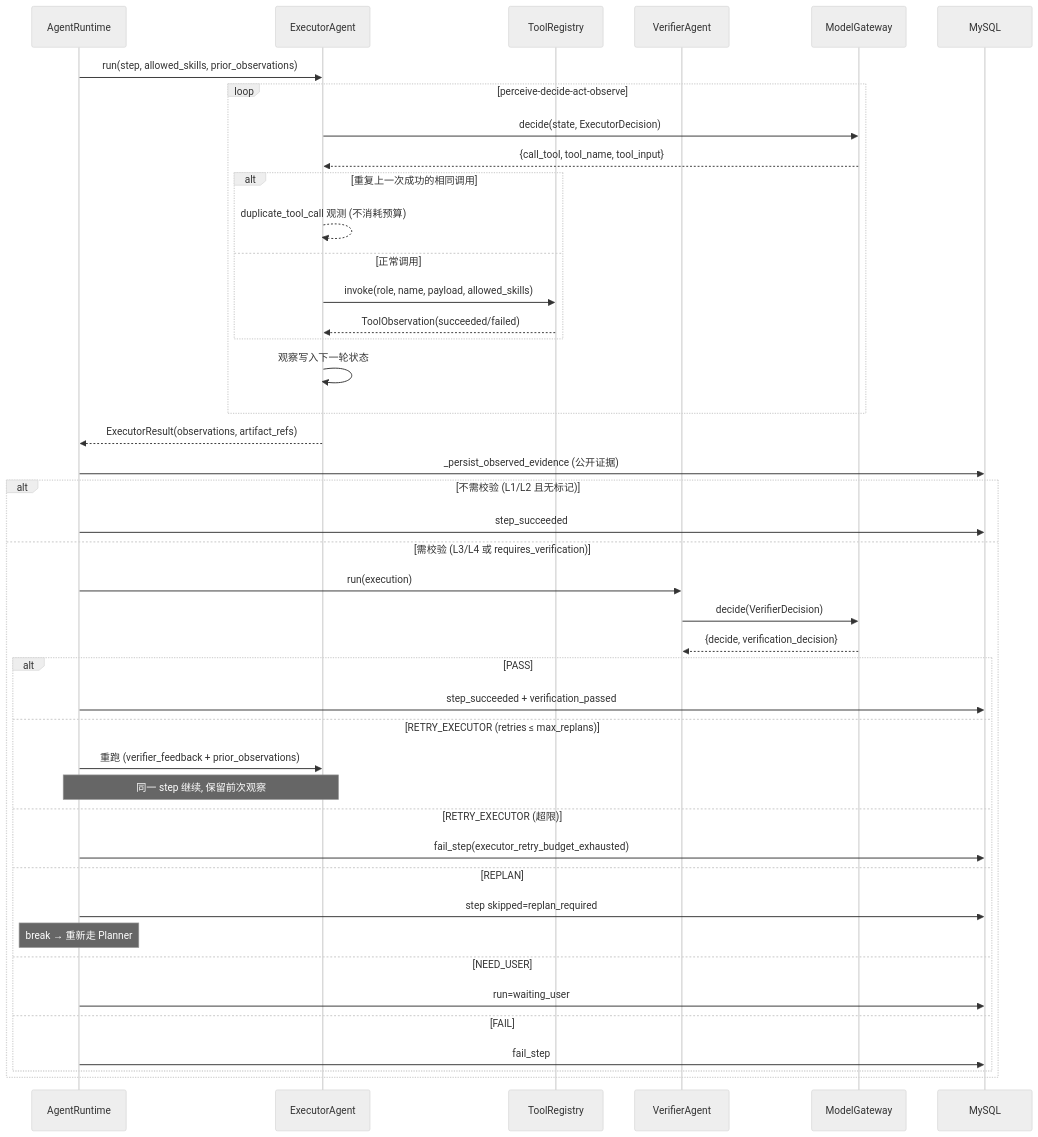
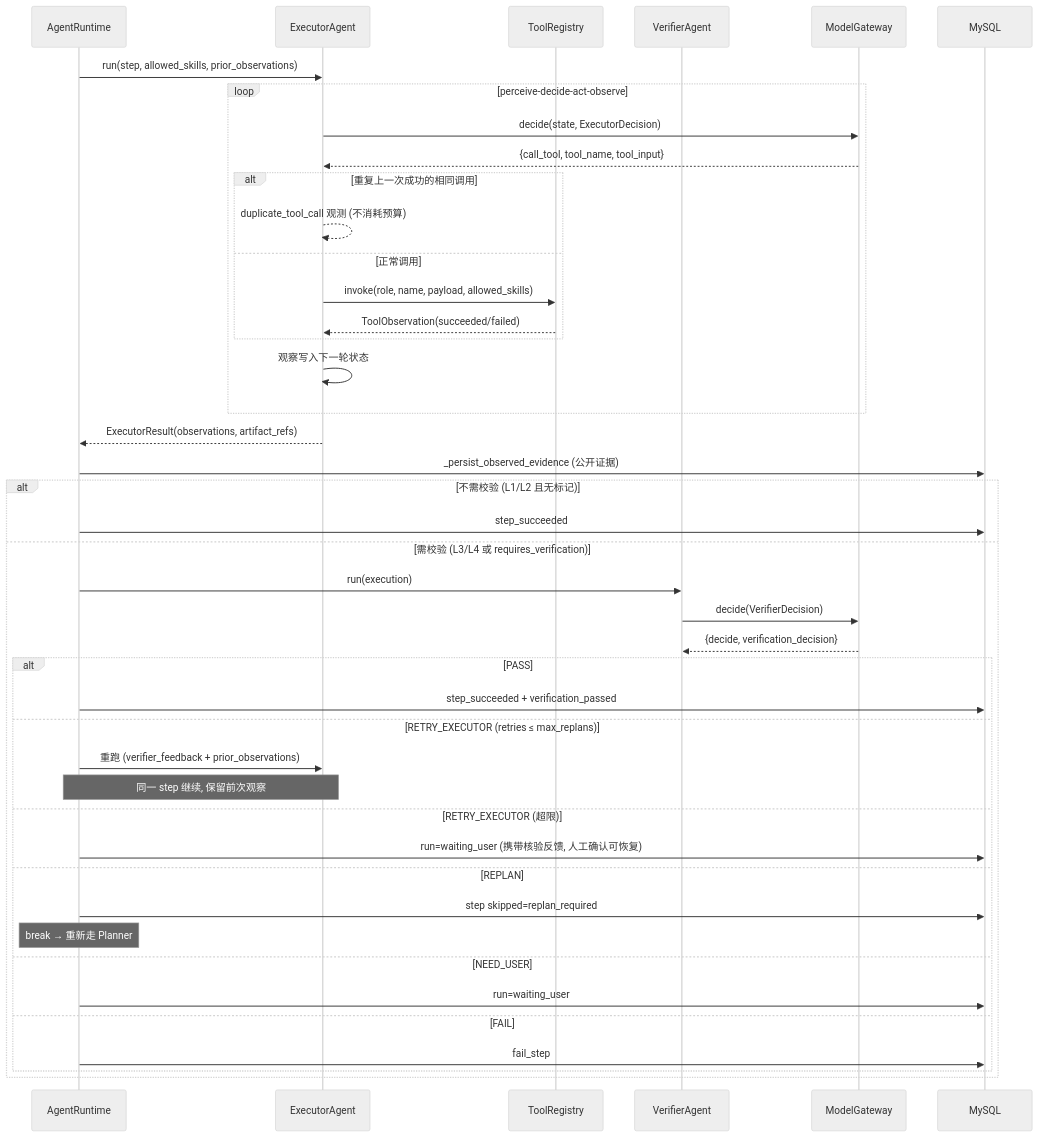
One commit to grefeer/pev-career-assistant changed the fourth of 7 diagrams in docs/pev-agent-architecture.zh-CN.md. Above: the diagram before and after it, drawn with Mermaid (neutral theme). The commit also changed 14 other files, not shown here.

````diff
--- a/docs/pev-agent-architecture.zh-CN.md
+++ b/docs/pev-agent-architecture.zh-CN.md
@@ -251,46 +251,46 @@
 ```mermaid
 sequenceDiagram
     participant RT as AgentRuntime
     participant E as ExecutorAgent
     participant TR as ToolRegistry
     participant V as VerifierAgent
     participant GW as ModelGateway
     participant DB as MySQL
 
     RT->>E: run(step, allowed_skills, prior_observations)
     loop perceive-decide-act-observe
         E->>GW: decide(state, ExecutorDecision)
         GW-->>E: {call_tool, tool_name, tool_input}
         alt 重复上一次成功的相同调用
             E-->>E: duplicate_tool_call 观测 (不消耗预算)
         else 正常调用
             E->>TR: invoke(role, name, payload, allowed_skills)
             TR-->>E: ToolObservation(succeeded/failed)
         end
         E->>E: 观察写入下一轮状态
     end
     E-->>RT: ExecutorResult(observations, artifact_refs)
     RT->>DB: _persist_observed_evidence (公开证据)
     alt 不需校验 (L1/L2 且无标记)
         RT->>DB: step_succeeded
     else 需校验 (L3/L4 或 requires_verification)
         RT->>V: run(execution)
         V->>GW: decide(VerifierDecision)
         GW-->>V: {decide, verification_decision}
         alt PASS
             RT->>DB: step_succeeded + verification_passed
         else RETRY_EXECUTOR (retries ≤ max_replans)
             RT->>E: 重跑 (verifier_feedback + prior_observations)
             Note over RT,E: 同一 step 继续, 保留前次观察
         else RETRY_EXECUTOR (超限)
-            RT->>DB: fail_step(executor_retry_budget_exhausted)
+            RT->>DB: run=waiting_user (携带核验反馈, 人工确认可恢复)
         else REPLAN
             RT->>DB: step skipped=replan_required
             Note over RT: break → 重新走 Planner
         else NEED_USER
             RT->>DB: run=waiting_user
         else FAIL
             RT->>DB: fail_step
         end
     end
 ```
````
